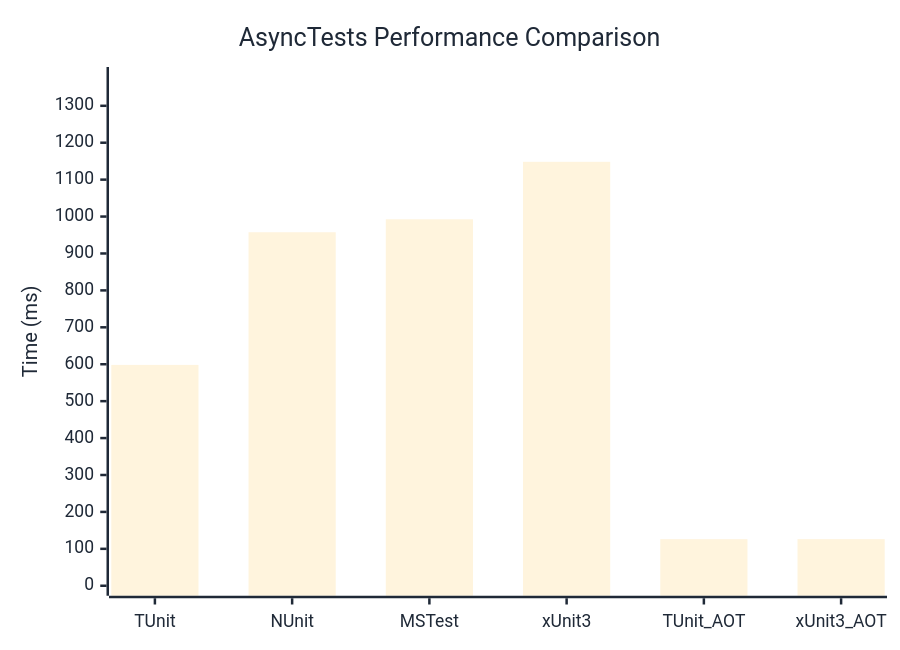
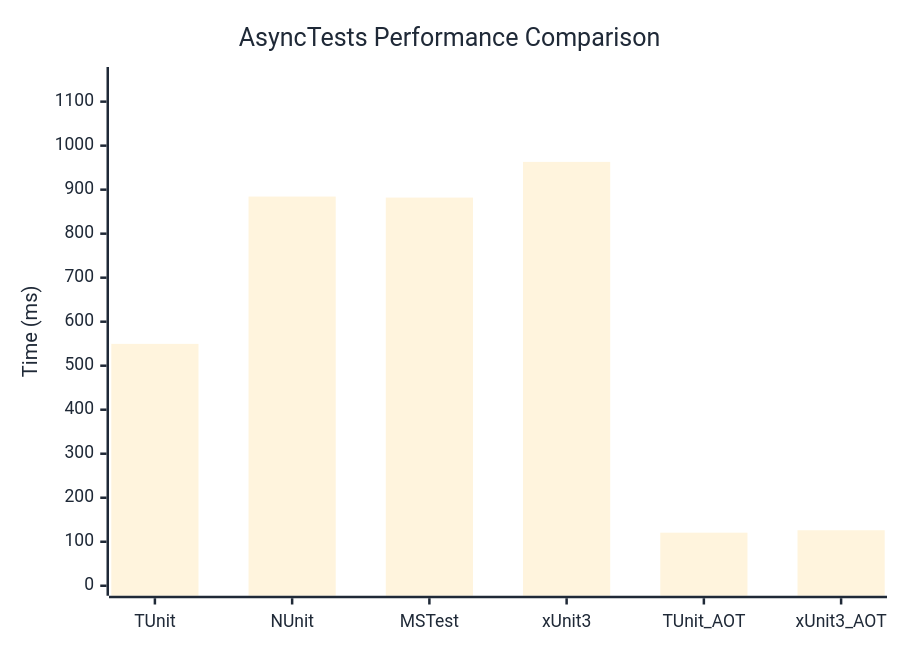
The diagram in docs/docs/benchmarks/engine/AsyncTests.md (thomhurst/TUnit), drawn with Mermaid before and after one commit. The commit also changed other lines of this file and 18 other files, not shown here.

````diff
--- a/docs/docs/benchmarks/engine/AsyncTests.md
+++ b/docs/docs/benchmarks/engine/AsyncTests.md
@@ -30,37 +30,37 @@
 ```mermaid
 %%{init: {
   'theme':'base',
   'themeVariables': {
     'primaryColor': '#2563eb',
     'primaryTextColor': '#1f2937',
     'primaryBorderColor': '#1e40af',
     'lineColor': '#6b7280',
     'secondaryColor': '#7c3aed',
     'tertiaryColor': '#dc2626',
     'background': '#ffffff',
     'mainBkg': '#2563eb',
     'secondBkg': '#7c3aed',
     'tertiaryBkg': '#dc2626',
     'clusterBkg': '#f3f4f6',
     'edgeLabelBackground': '#ffffff',
     'tertiaryTextColor': '#1f2937',
     'pie1': '#2563eb',
     'pie2': '#7c3aed',
     'pie3': '#dc2626',
     'pie4': '#f59e0b',
     'pie5': '#10b981',
     'pie6': '#06b6d4',
     'pie7': '#ec4899',
     'pie8': '#6366f1',
     'pie9': '#84cc16',
     'pie10': '#f97316',
     'pie11': '#14b8a6',
     'pie12': '#a855f7'
   }
 }}%%
 xychart-beta
   title "AsyncTests Performance Comparison"
   x-axis ["TUnit", "NUnit", "MSTest", "xUnit3", "TUnit_AOT", "xUnit3_AOT"]
-  y-axis "Time (ms)" 0 --> 1378
-  bar [598.2, 957.5, 992.6, 1148.3, 126.2, 126.3]
+  y-axis "Time (ms)" 0 --> 1156
+  bar [549.6, 884.3, 882, 963.1, 120.6, 126.1]
 ```
````
